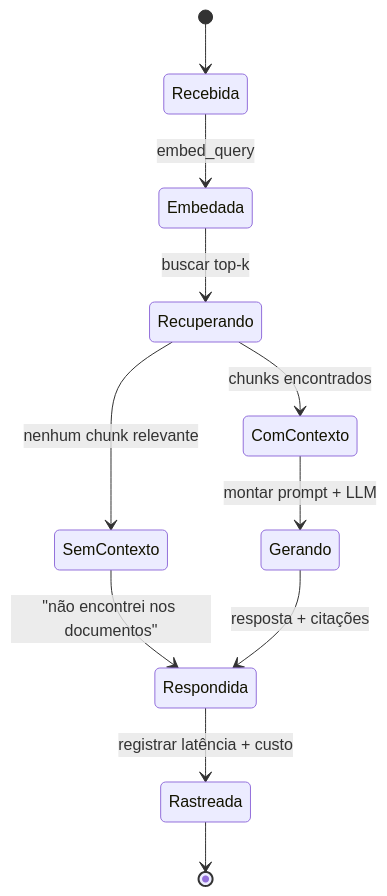
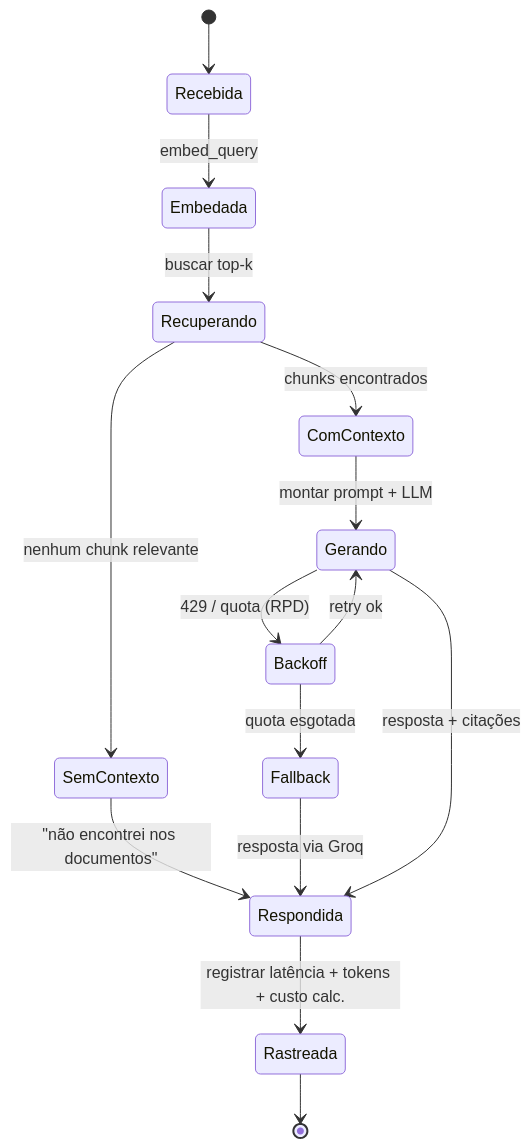
The eighth of 11 diagrams in 03_DIAGRAMAS_mermaid.md (mathfrancisco/Personal-RAG-Assistant), drawn with Mermaid before and after one commit. The commit also changed other lines of this file and 1 other file, not shown here.

First line of the commit message:
docs: enrich diagrams (cache/quota/fallback) + detailed phase plan

````diff
--- a/03_DIAGRAMAS_mermaid.md
+++ b/03_DIAGRAMAS_mermaid.md
@@ -271,13 +333,17 @@
 ```mermaid
 stateDiagram-v2
     [*] --> Recebida
     Recebida --> Embedada: embed_query
     Embedada --> Recuperando: buscar top-k
     Recuperando --> SemContexto: nenhum chunk relevante
     Recuperando --> ComContexto: chunks encontrados
     SemContexto --> Respondida: "não encontrei nos documentos"
     ComContexto --> Gerando: montar prompt + LLM
+    Gerando --> Backoff: 429 / quota (RPD)
+    Backoff --> Gerando: retry ok
+    Backoff --> Fallback: quota esgotada
+    Fallback --> Respondida: resposta via Groq
     Gerando --> Respondida: resposta + citações
-    Respondida --> Rastreada: registrar latência + custo
+    Respondida --> Rastreada: registrar latência + tokens + custo calc.
     Rastreada --> [*]
 ```
````
